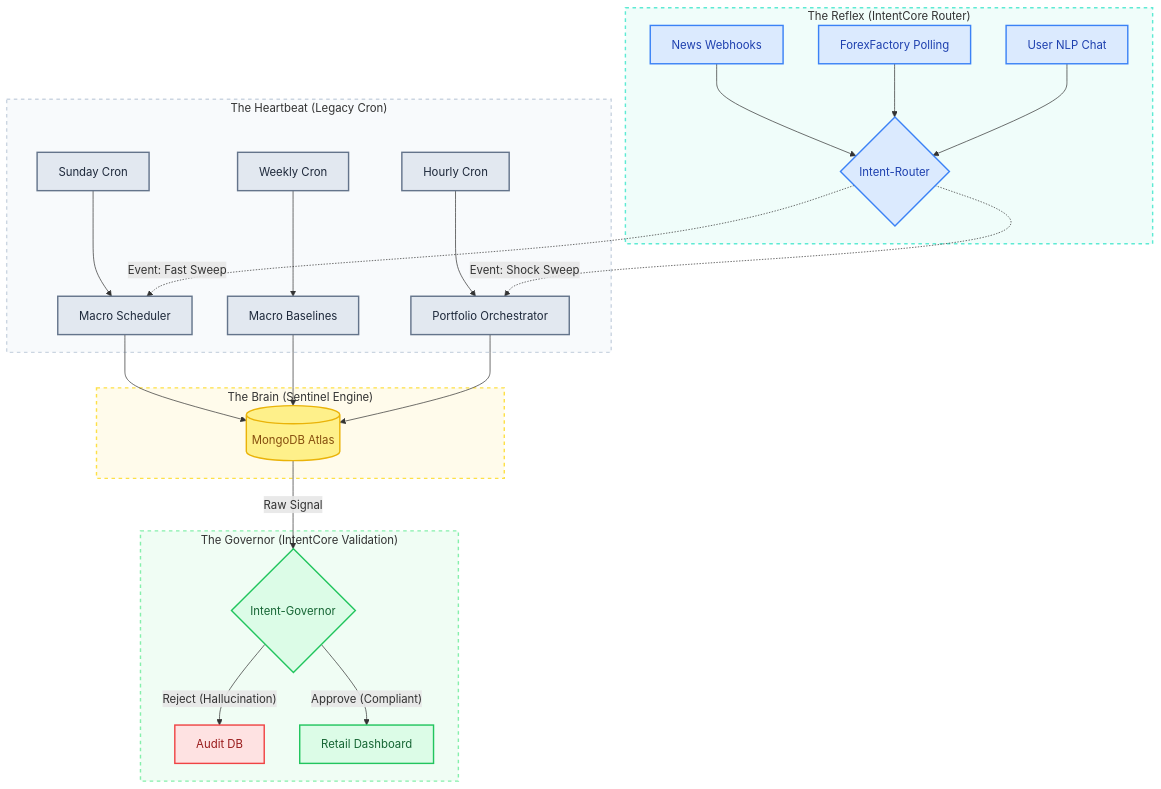
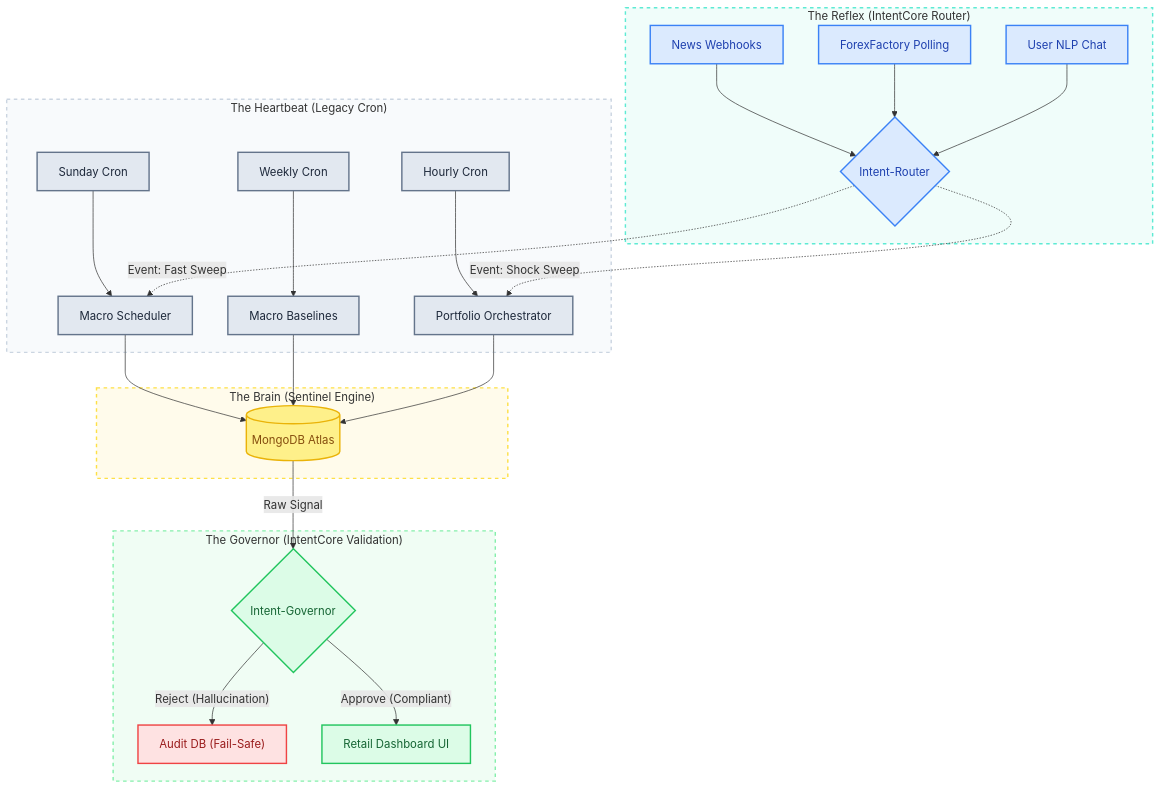
The diagram in README.md (partnastudio-bernadel/Sentinel-Alpha), drawn with Mermaid before and after one commit.

Commit message:
Update labels in Governor subgraph for clarity

````diff
--- a/README.md
+++ b/README.md
@@ -28,52 +28,52 @@
 ```mermaid
 graph TD
     %% Custom Styling Classes
     classDef cronNode fill:#e2e8f0,stroke:#64748b,stroke-width:2px,color:#1e293b;
     classDef intentNode fill:#dbeafe,stroke:#3b82f6,stroke-width:2px,color:#1e40af;
     classDef dbNode fill:#fef08a,stroke:#eab308,stroke-width:2px,color:#854d0e;
     classDef passNode fill:#dcfce7,stroke:#22c55e,stroke-width:2px,color:#166534;
     classDef failNode fill:#fee2e2,stroke:#ef4444,stroke-width:2px,color:#991b1b;
 
     %% The Heartbeat Core
     subgraph Heartbeat ["The Heartbeat (Legacy Cron)"]
         H1["Sunday Cron"] --> C1["Macro Scheduler"]
         H2["Weekly Cron"] --> C2["Macro Baselines"]
         H3["Hourly Cron"] --> C3["Portfolio Orchestrator"]
     end
     class H1,C1,H2,C2,H3,C3 cronNode;
 
     %% The Reflex Core
     subgraph Reflex ["The Reflex (IntentCore Router)"]
         R1["News Webhooks"] --> IR{"Intent-Router"}
         R2["ForexFactory Polling"] --> IR
         R3["User NLP Chat"] --> IR
     end
     class R1,R2,R3,IR intentNode;
 
     %% Dynamic Routing Overrides
     IR -. "Event: Fast Sweep" .-> C1
     IR -. "Event: Shock Sweep" .-> C3
 
     %% The Sentinel Engine
     subgraph Brain ["The Brain (Sentinel Engine)"]
         C1 --> DB[("MongoDB Atlas")]
         C2 --> DB
         C3 --> DB
     end
     class DB dbNode;
 
     %% The Governor
     subgraph Governor ["The Governor (IntentCore Validation)"]
         DB -- "Raw Signal" --> IG{"Intent-Governor"}
-        IG -- "Reject (Hallucination)" --> Audit["Audit DB"]
-        IG -- "Approve (Compliant)" --> Dash["Retail Dashboard"]
+        IG -- "Reject (Hallucination)" --> Audit["Audit DB (Fail-Safe)"]
+        IG -- "Approve (Compliant)" --> Dash["Retail Dashboard UI"]
     end
     class IG,Dash passNode;
     class Audit failNode;
 
     %% Subgraph Styling
     style Heartbeat fill:#f8fafc,stroke:#cbd5e1,stroke-width:2px,stroke-dasharray: 5 5
     style Reflex fill:#f0fdfa,stroke:#5eead4,stroke-width:2px,stroke-dasharray: 5 5
     style Brain fill:#fffbeb,stroke:#fde047,stroke-width:2px,stroke-dasharray: 5 5
     style Governor fill:#f0fdf4,stroke:#86efac,stroke-width:2px,stroke-dasharray: 5 5
 ```
````
